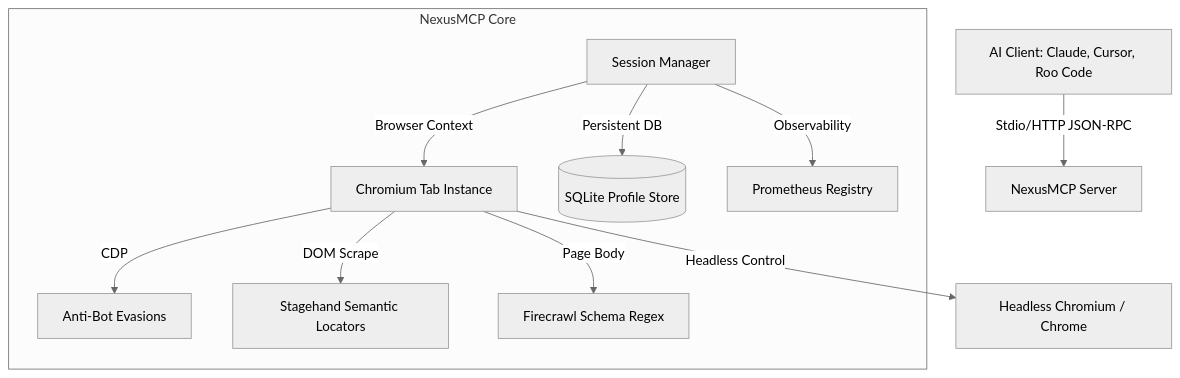
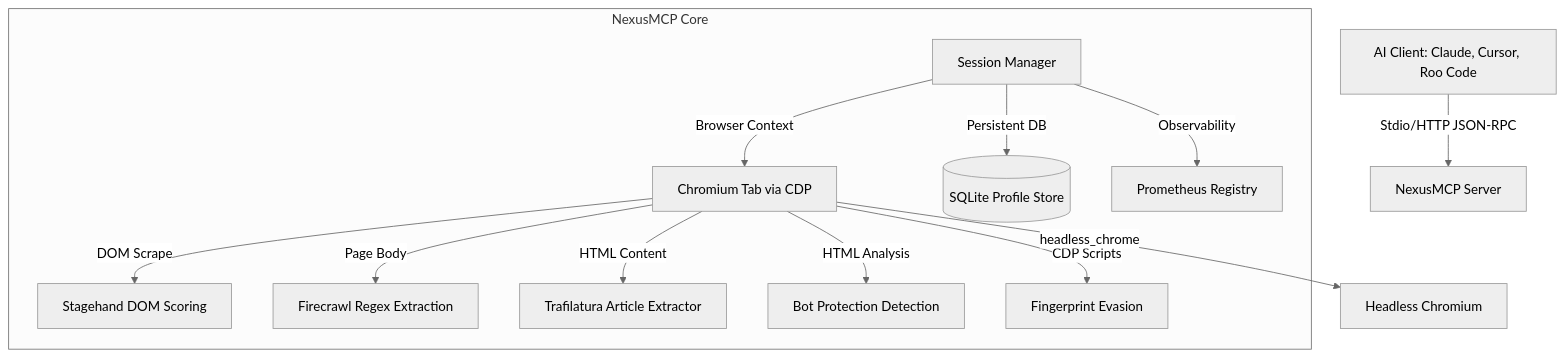
One commit to SanthaKumar-K-2004/NexusMcp changed the diagram in README.md. Above: the diagram before and after it, drawn with Mermaid (neutral theme). The commit also changed other lines of this file and 24 other files, not shown here.

````diff
--- a/README.md
+++ b/README.md
@@ -64,13 +81,15 @@
 ```mermaid
 graph TD
     Client[AI Client: Claude, Cursor, Roo Code] -->|Stdio/HTTP JSON-RPC| NexusMCP[NexusMCP Server]
     subgraph NexusMCP Core
-        SM[Session Manager] -->|Browser Context| Tab[Chromium Tab Instance]
-        Tab -->|CDP| Stealth[Anti-Bot Evasions]
-        Tab -->|DOM Scrape| Stagehand[Stagehand Semantic Locators]
-        Tab -->|Page Body| Firecrawl[Firecrawl Schema Regex]
+        SM[Session Manager] -->|Browser Context| Tab[Chromium Tab via CDP]
+        Tab -->|DOM Scrape| Stagehand[Stagehand DOM Scoring]
+        Tab -->|Page Body| Firecrawl[Firecrawl Regex Extraction]
+        Tab -->|HTML Content| Trafilatura[Trafilatura Article Extractor]
+        Tab -->|HTML Analysis| Crawl4AI[Bot Protection Detection]
+        Tab -->|CDP Scripts| Stealth[Fingerprint Evasion]
         SM -->|Persistent DB| SQLite[(SQLite Profile Store)]
         SM -->|Observability| Prom[Prometheus Registry]
     end
-    Tab -->|Headless Control| Chrome[Headless Chromium / Chrome]
+    Tab -->|headless_chrome| Chrome[Headless Chromium]
 ```
````
